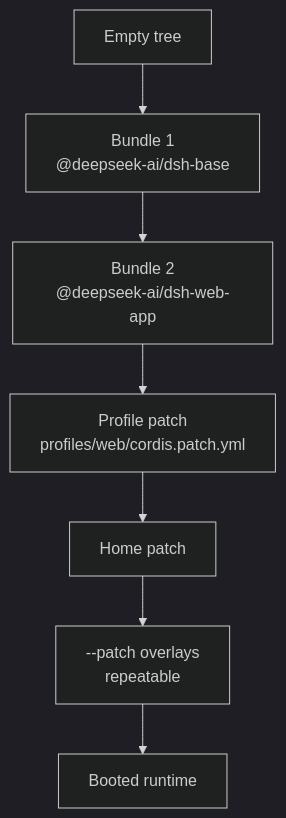
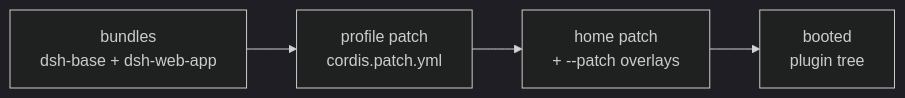
One commit to vinaykagithapu/vinaykagithapu.github.io changed the diagram in docs/ai-tools/deepseek-harness/4-core-concepts.md. Above: the diagram before and after it, drawn with Mermaid (dark theme). The commit also changed 14 other files, not shown here.

````diff
--- a/docs/ai-tools/deepseek-harness/4-core-concepts.md
+++ b/docs/ai-tools/deepseek-harness/4-core-concepts.md
@@ -15,9 +15,6 @@
 ```mermaid
-graph TD
-  A["Empty tree"] --> B["Bundle 1<br/>@deepseek-ai/dsh-base"]
-  B --> C["Bundle 2<br/>@deepseek-ai/dsh-web-app"]
-  C --> D["Profile patch<br/>profiles/web/cordis.patch.yml"]
-  D --> E["Home patch"]
-  E --> F["--patch overlays<br/>repeatable"]
-  F --> G["Booted runtime"]
+flowchart LR
+  B["bundles<br/>dsh-base + dsh-web-app"] --> P["profile patch<br/>cordis.patch.yml"]
+  P --> H["home patch<br/>+ --patch overlays"]
+  H --> R["booted<br/>plugin tree"]
 ```
````
